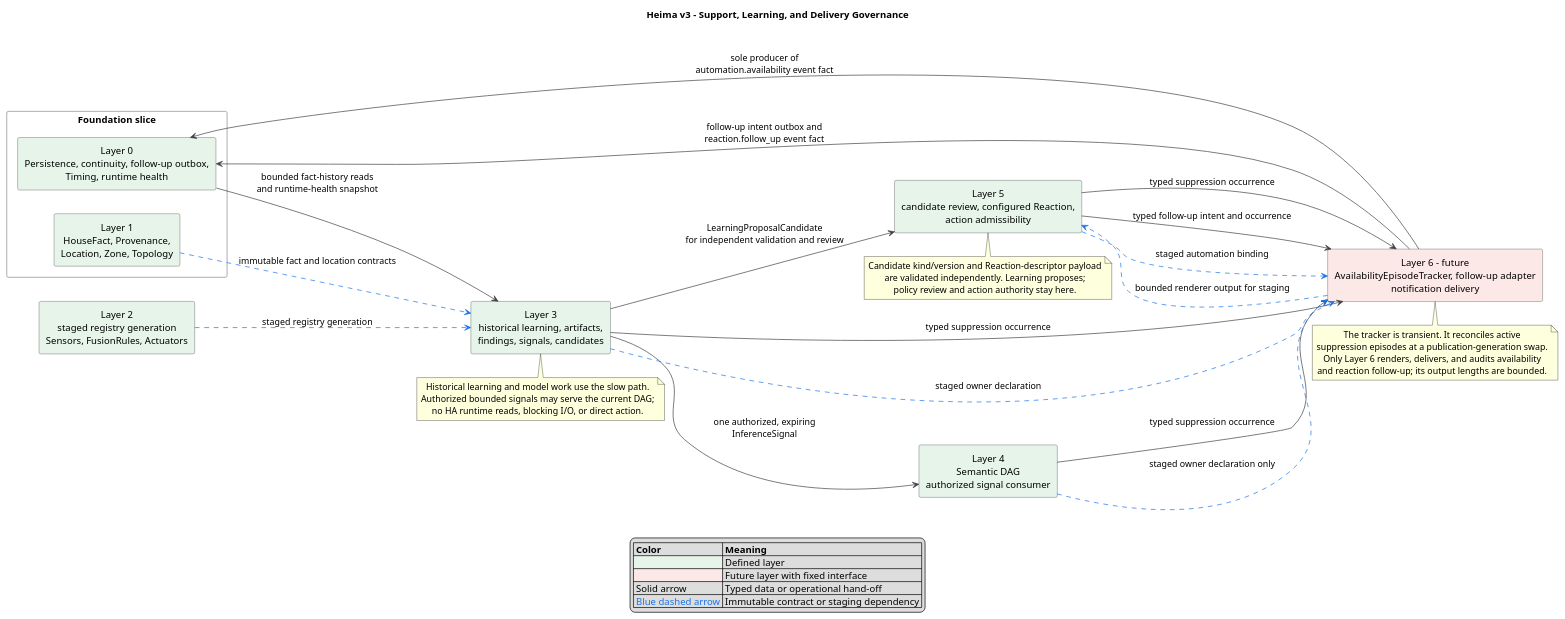
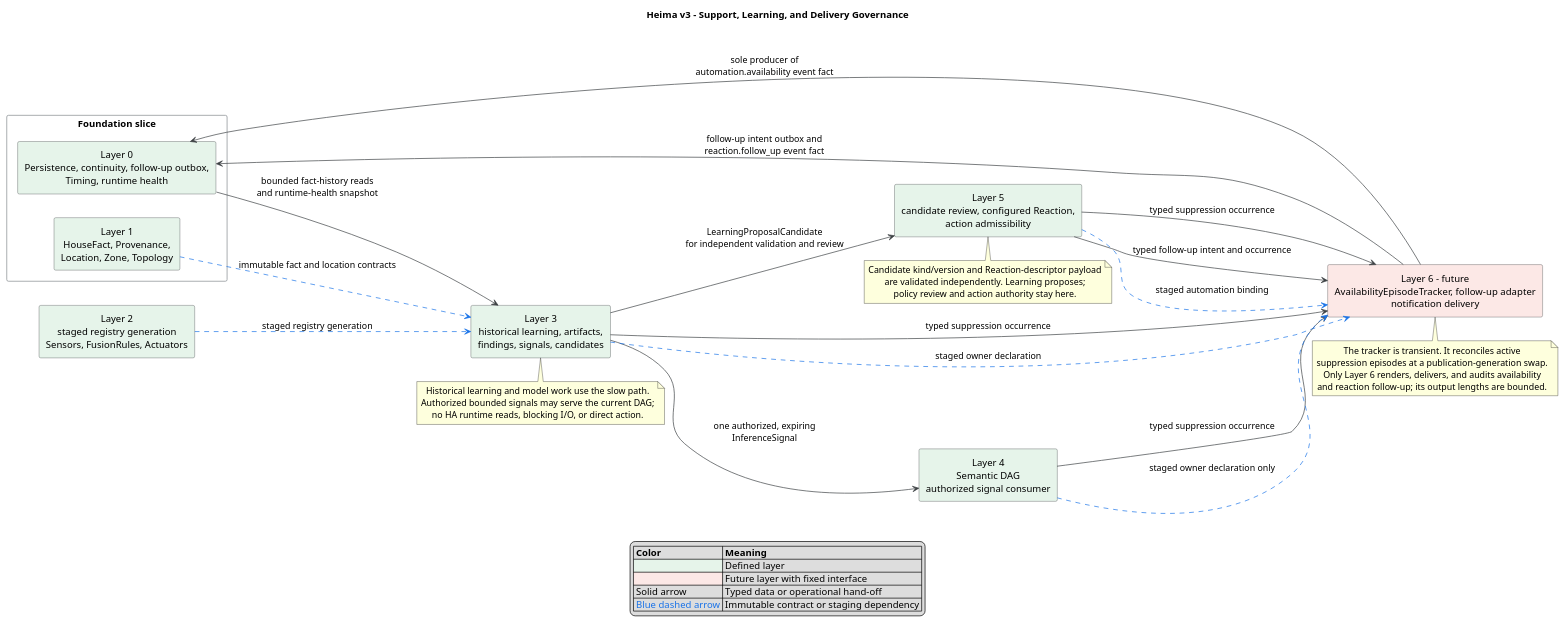
Before and after one commit to heima-labs/ha-heima-core: the diagram in docs/specs/v3/architecture_support_governance.puml, drawn with PlantUML. The commit also changed 10 other files, not shown here.

```diff
--- a/docs/specs/v3/architecture_support_governance.puml
+++ b/docs/specs/v3/architecture_support_governance.puml
@@ -1,68 +1,67 @@
 @startuml
 title Heima v3 - Support, Learning, and Delivery Governance
 left to right direction
 
 skinparam shadowing false
 skinparam componentStyle rectangle
 skinparam packageStyle rectangle
 skinparam defaultTextAlignment center
 skinparam ArrowColor #3C4043
 skinparam componentBorderColor #3C4043
 skinparam packageBorderColor #80868B
 
 package "Foundation slice" {
   component "Layer 0\nPersistence, continuity, follow-up outbox,\nTiming, runtime health" as L0 #E6F4EA
   component "Layer 1\nHouseFact, Provenance,\nLocation, Zone, Topology" as L1 #E6F4EA
 }
 
 component "Layer 2\nstaged registry generation\nSensors, FusionRules, Actuators" as L2 #E6F4EA
 component "Layer 3\nhistorical learning, artifacts,\nfindings, signals, candidates" as L3 #E6F4EA
 component "Layer 4\nSemantic DAG\nauthorized signal consumer" as L4 #E6F4EA
 component "Layer 5\ncandidate review, configured Reaction,\naction admissibility" as L5 #E6F4EA
 component "Layer 6 - future\nAvailabilityEpisodeTracker, follow-up adapter\nnotification delivery" as L6 #FCE8E6
 
 L0 --> L3 : bounded fact-history reads\nand runtime-health snapshot
 L2 -[#1A73E8,dashed]-> L3 : staged registry generation
 L1 -[#1A73E8,dashed]-> L3 : immutable fact and location contracts
 
 L3 --> L4 : one authorized, expiring\nInferenceSignal
 L3 --> L5 : LearningProposalCandidate\nfor independent validation and review
 
 L3 --> L6 : typed suppression occurrence
 L4 --> L6 : typed suppression occurrence
 L5 --> L6 : typed suppression occurrence
 L5 --> L6 : typed follow-up intent and occurrence
 L3 -[#1A73E8,dashed]-> L6 : staged owner declaration
 L4 -[#1A73E8,dashed]-> L6 : staged owner declaration only
 L5 -[#1A73E8,dashed]-> L6 : staged automation binding
-L6 -[#1A73E8,dashed]-> L5 : bounded renderer output for staging
 L6 --> L0 : sole producer of\nautomation.availability event fact
 L6 --> L0 : follow-up intent outbox and\nreaction.follow_up event fact
 
 note bottom of L3
   Historical learning and model work use the slow path.
   Authorized bounded signals may serve the current DAG;
   no HA runtime reads, blocking I/O, or direct action.
 end note
 
 note bottom of L5
   Candidate kind/version and Reaction-descriptor payload
   are validated independently. Learning proposes;
   policy review and action authority stay here.
 end note
 
 note bottom of L6
   The tracker is transient. It reconciles active
   suppression episodes at a publication-generation swap.
   Only Layer 6 renders, delivers, and audits availability
   and reaction follow-up; its output lengths are bounded.
 end note
 
 legend bottom
   |= Color |= Meaning |
   |<#E6F4EA> | Defined layer |
   |<#FCE8E6> | Future layer with fixed interface |
   | Solid arrow | Typed data or operational hand-off |
   | <color:#1A73E8>Blue dashed arrow</color> | Immutable contract or staging dependency |
 endlegend
 @enduml
```
